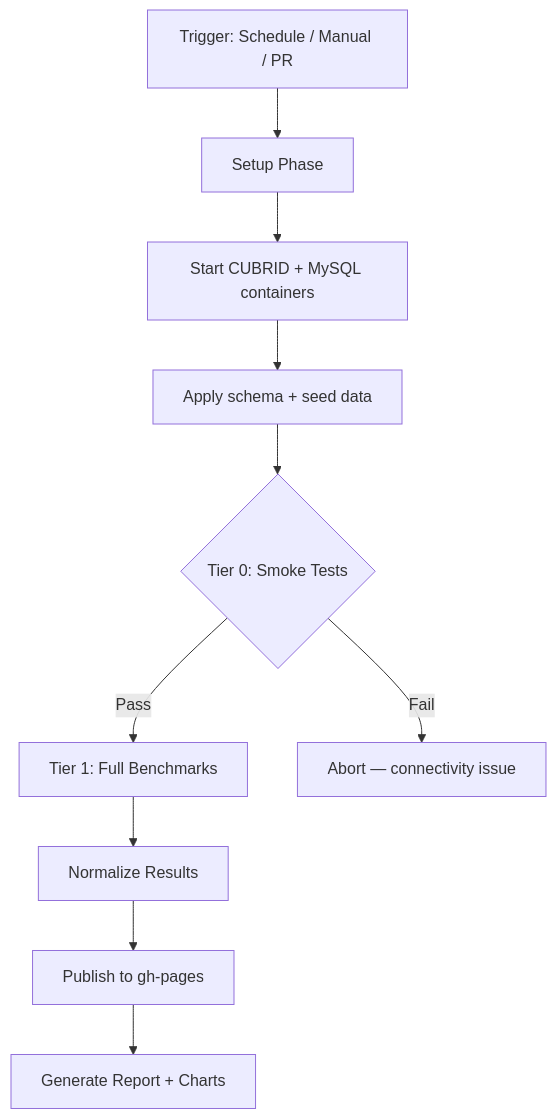
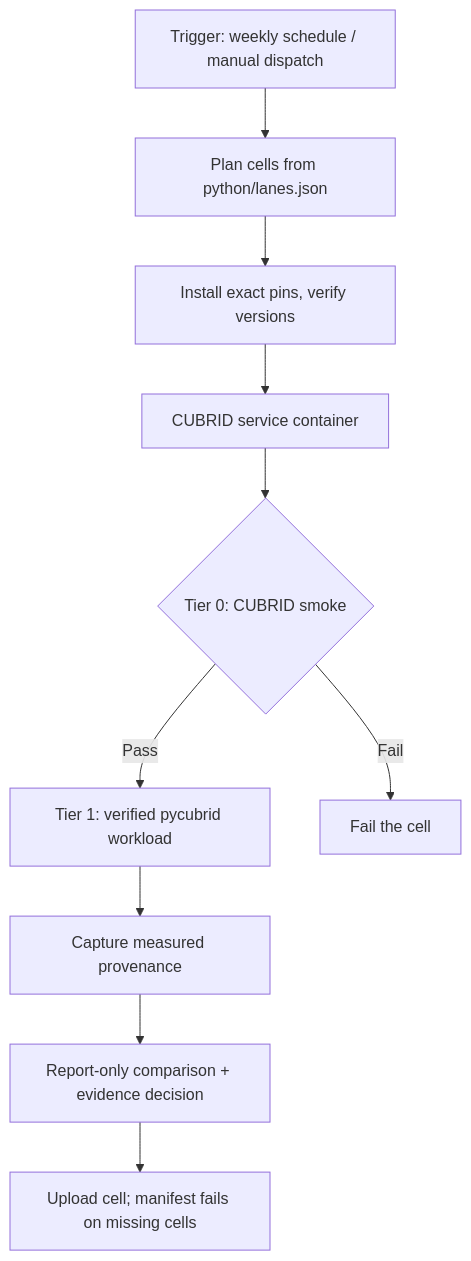
One commit to cubrid-lab/cubrid-benchmark changed the first of 4 diagrams in docs/METHODOLOGY.md. Above: the diagram before and after it, drawn with Mermaid. The commit also changed other lines of this file and 11 other files, not shown here.

First line of the commit message:
docs(scope): update CUBRID Python benchmark identity and archive historical MySQL claims (#49)

````diff
--- a/docs/METHODOLOGY.md
+++ b/docs/METHODOLOGY.md
@@ -7,12 +10,12 @@
 ```mermaid
 flowchart TD
-    Trigger[Trigger: Schedule / Manual / PR] --> Setup[Setup Phase]
-    Setup --> Docker[Start CUBRID + MySQL containers]
-    Docker --> Schema[Apply schema + seed data]
-    Schema --> Tier0{Tier 0: Smoke Tests}
-    Tier0 -->|Pass| Tier1[Tier 1: Full Benchmarks]
-    Tier0 -->|Fail| Abort[Abort — connectivity issue]
-    Tier1 --> Normalize[Normalize Results]
-    Normalize --> Publish[Publish to gh-pages]
-    Publish --> Report[Generate Report + Charts]
+    Trigger[Trigger: weekly schedule / manual dispatch] --> Plan[Plan cells from python/lanes.json]
+    Plan --> Install[Install exact pins, verify versions]
+    Install --> Server[CUBRID service container]
+    Server --> Tier0{Tier 0: CUBRID smoke}
+    Tier0 -->|Pass| Tier1[Tier 1: verified pycubrid workload]
+    Tier0 -->|Fail| Abort[Fail the cell]
+    Tier1 --> Provenance[Capture measured provenance]
+    Provenance --> Compare[Report-only comparison + evidence decision]
+    Compare --> Manifest[Upload cell; manifest fails on missing cells]
 ```
````
